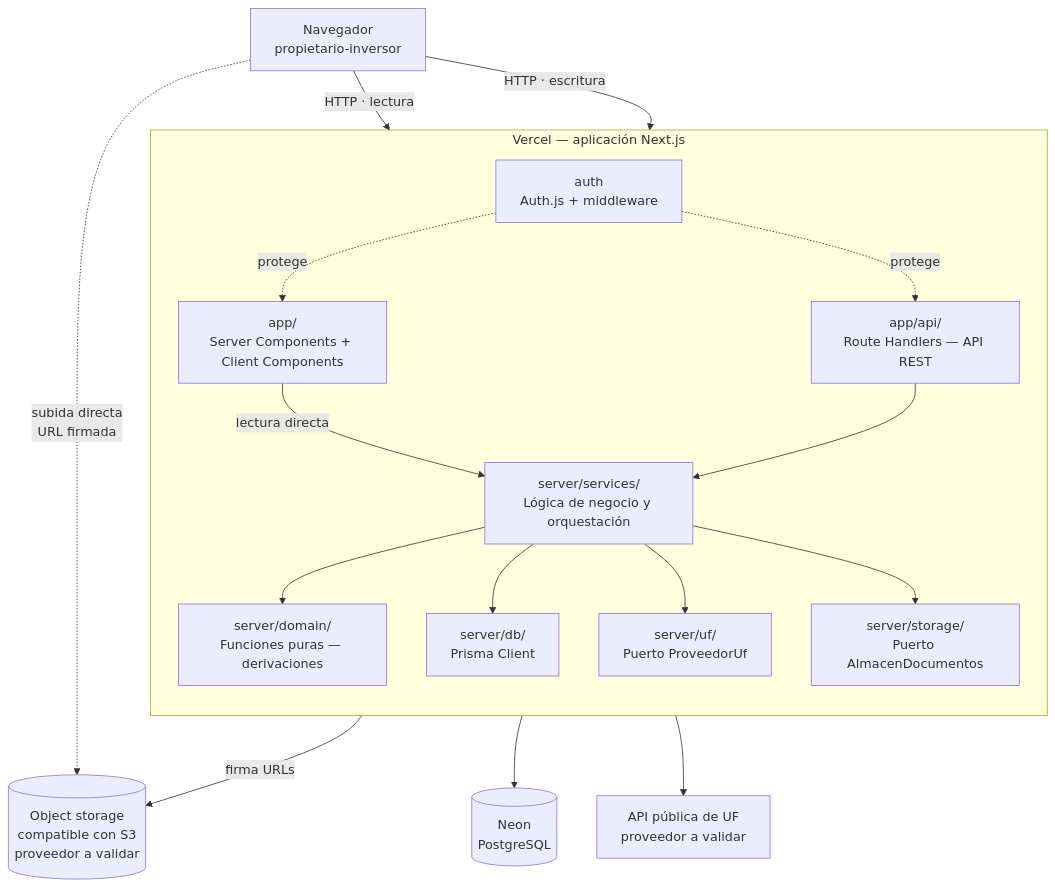
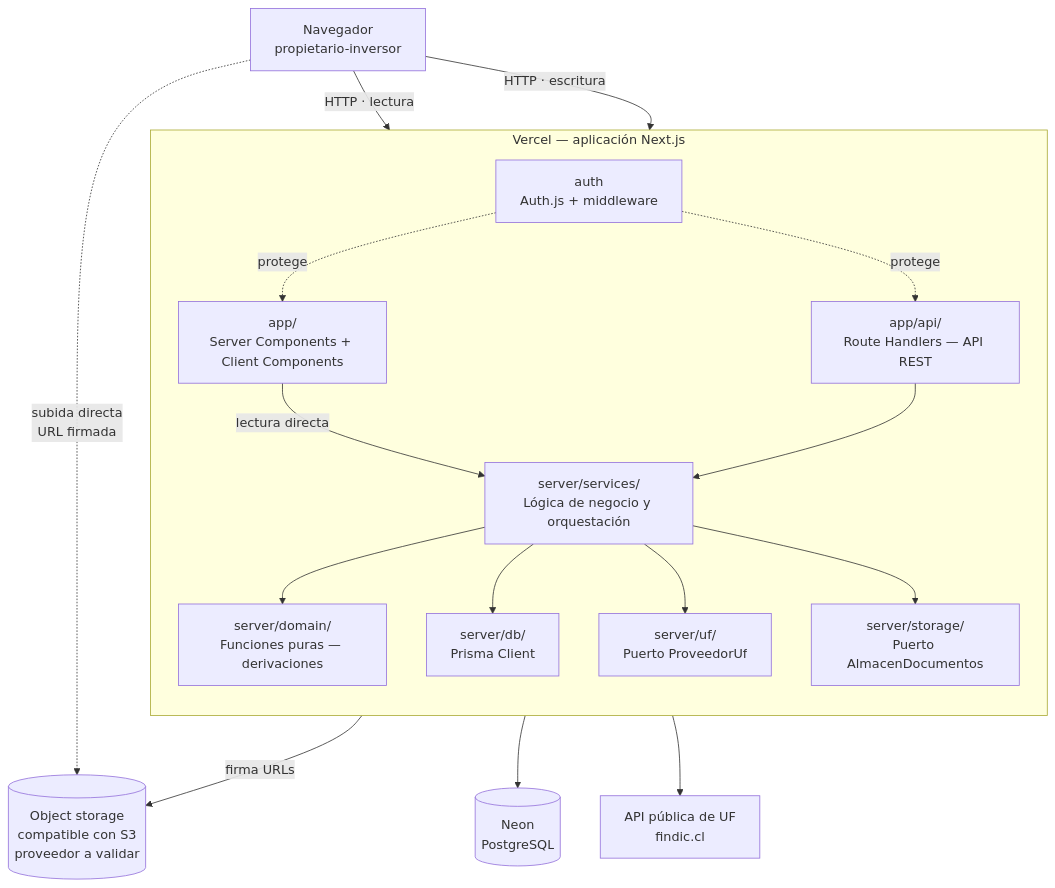
Before and after one commit to elianasaraith/feature-entrega-1-ESRF: the first of 5 diagrams in docs/architecture.md, drawn with Mermaid. The commit also changed other lines of this file and 45 other files, not shown here.

````diff
--- a/docs/architecture.md
+++ b/docs/architecture.md
@@ -74,38 +74,38 @@
 ```mermaid
 flowchart TB
     Navegador["Navegador<br/>propietario-inversor"]
 
     subgraph Vercel["Vercel — aplicación Next.js"]
         direction TB
         UI["app/<br/>Server Components + Client Components"]
         API["app/api/<br/>Route Handlers — API REST"]
         SRV["server/services/<br/>Lógica de negocio y orquestación"]
         DOM["server/domain/<br/>Funciones puras — derivaciones"]
         DB["server/db/<br/>Prisma Client"]
         UF["server/uf/<br/>Puerto ProveedorUf"]
         ST["server/storage/<br/>Puerto AlmacenDocumentos"]
         AUTH["auth<br/>Auth.js + middleware"]
     end
 
     PG[("Neon<br/>PostgreSQL")]
-    APIUF["API pública de UF<br/>proveedor a validar"]
+    APIUF["API pública de UF<br/>findic.cl"]
     S3[("Object storage<br/>compatible con S3<br/>proveedor a validar")]
 
     Navegador -->|"HTTP · lectura"| UI
     Navegador -->|"HTTP · escritura"| API
     Navegador -.->|"subida directa<br/>URL firmada"| S3
 
     AUTH -.->|"protege"| UI
     AUTH -.->|"protege"| API
 
     UI -->|"lectura directa"| SRV
     API --> SRV
     SRV --> DOM
     SRV --> DB
     SRV --> UF
     SRV --> ST
 
     DB --> PG
     UF --> APIUF
     ST -->|"firma URLs"| S3
 ```
````
